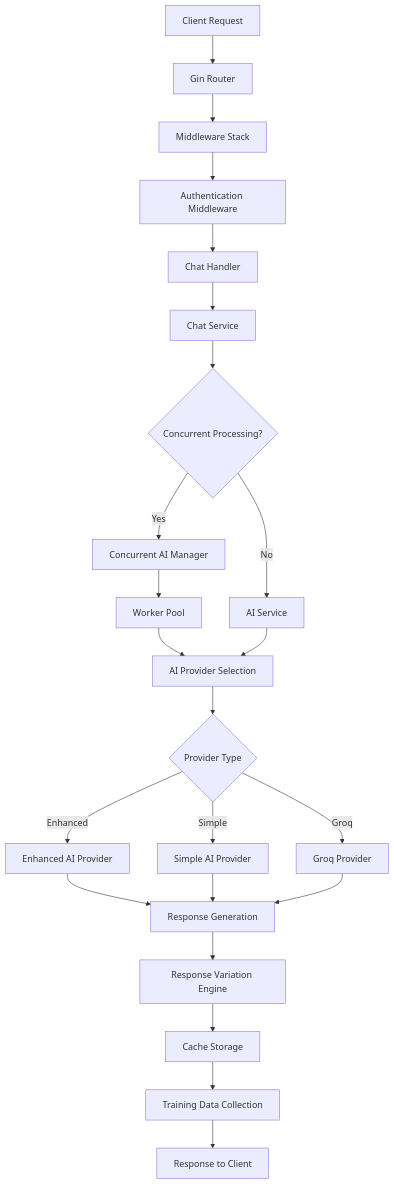
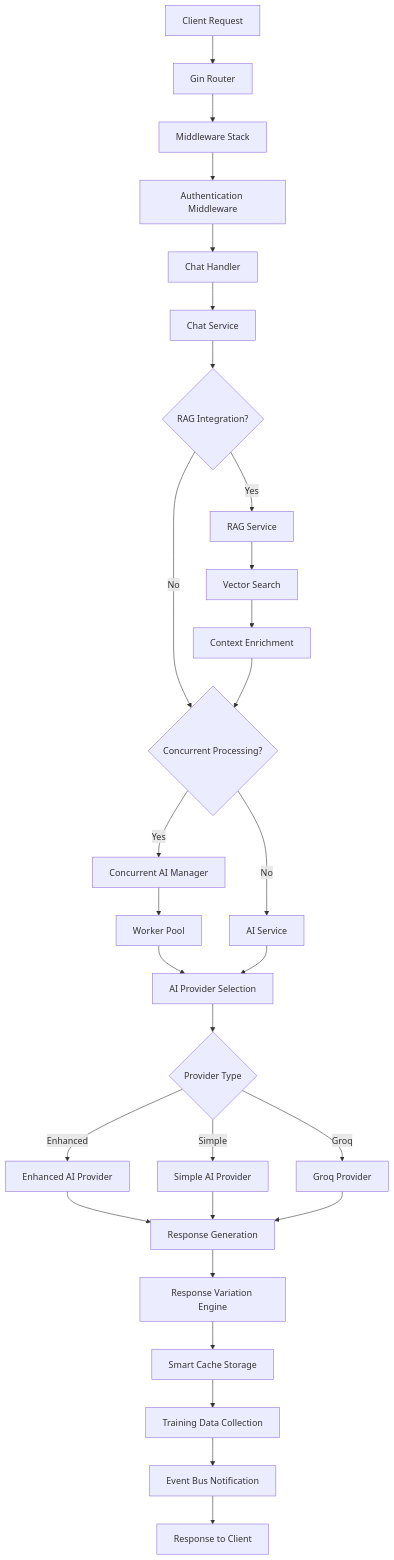
Before and after one commit to avvy-lavoienne/sellica-golang: the diagram in backend/docs/reference/selly-ai/data-flow-diagrams.md, drawn with Mermaid. The commit also changed other lines of this file and 14 other files, not shown here.

````diff
--- a/backend/docs/reference/selly-ai/data-flow-diagrams.md
+++ b/backend/docs/reference/selly-ai/data-flow-diagrams.md
@@ -16,30 +16,38 @@
 ```mermaid
 graph TD
     A[Client Request] --> B[Gin Router]
     B --> C[Middleware Stack]
     C --> D[Authentication Middleware]
     D --> E[Chat Handler]
     E --> F[Chat Service]
-    F --> G{Concurrent Processing?}
-    
-    G -->|Yes| H[Concurrent AI Manager]
-    G -->|No| I[AI Service]
-    
-    H --> J[Worker Pool]
-    J --> K[AI Provider Selection]
-    I --> K
-    
-    K --> L{Provider Type}
-    L -->|Enhanced| M[Enhanced AI Provider]
-    L -->|Simple| N[Simple AI Provider]
-    L -->|Groq| O[Groq Provider]
-    
-    M --> P[Response Generation]
-    N --> P
-    O --> P
-    
-    P --> Q[Response Variation Engine]
-    Q --> R[Cache Storage]
-    R --> S[Training Data Collection]
-    S --> T[Response to Client]
+    F --> G{RAG Integration?}
+
+    G -->|Yes| H[RAG Service]
+    G -->|No| I{Concurrent Processing?}
+
+    H --> J[Vector Search]
+    J --> K[Context Enrichment]
+    K --> I
+
+    I -->|Yes| L[Concurrent AI Manager]
+    I -->|No| M[AI Service]
+
+    L --> N[Worker Pool]
+    N --> O[AI Provider Selection]
+    M --> O
+
+    O --> P{Provider Type}
+    P -->|Enhanced| Q[Enhanced AI Provider]
+    P -->|Simple| R[Simple AI Provider]
+    P -->|Groq| S[Groq Provider]
+
+    Q --> T[Response Generation]
+    R --> T
+    S --> T
+
+    T --> U[Response Variation Engine]
+    U --> V[Smart Cache Storage]
+    V --> W[Training Data Collection]
+    W --> X[Event Bus Notification]
+    X --> Y[Response to Client]
 ```
````
